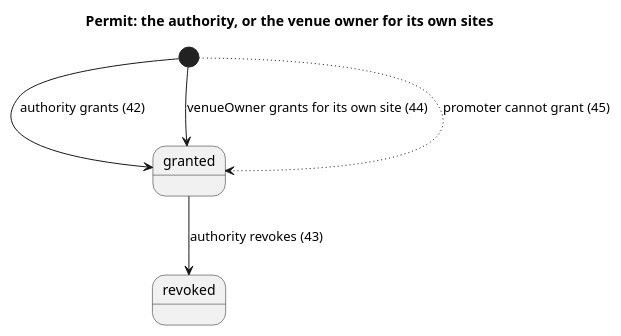
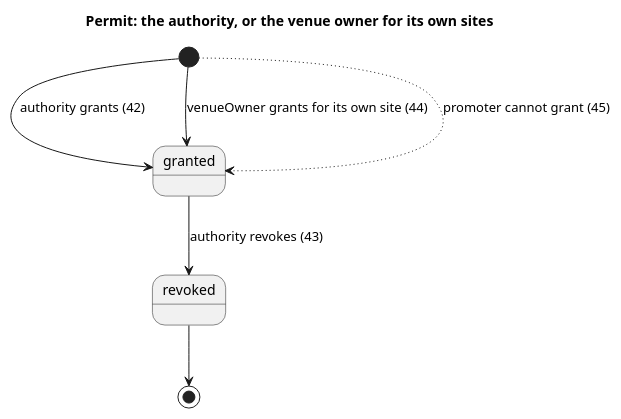
One commit to blueshed/dzql changed the diagram in uml/londons/src/permit.puml. Above: the diagram before and after it, drawn with PlantUML. The commit also changed 10 other files, not shown here.

```diff
--- a/uml/londons/src/permit.puml
+++ b/uml/londons/src/permit.puml
@@ -1,7 +1,8 @@
 @startuml
 title Permit: the authority, or the venue owner for its own sites
 [*] --> granted : authority grants (42)
 [*] --> granted : venueOwner grants for its own site (44)
 granted --> revoked : authority revokes (43)
 [*] -[dotted]-> granted : promoter cannot grant (45)
+revoked --> [*]
 @enduml
```
